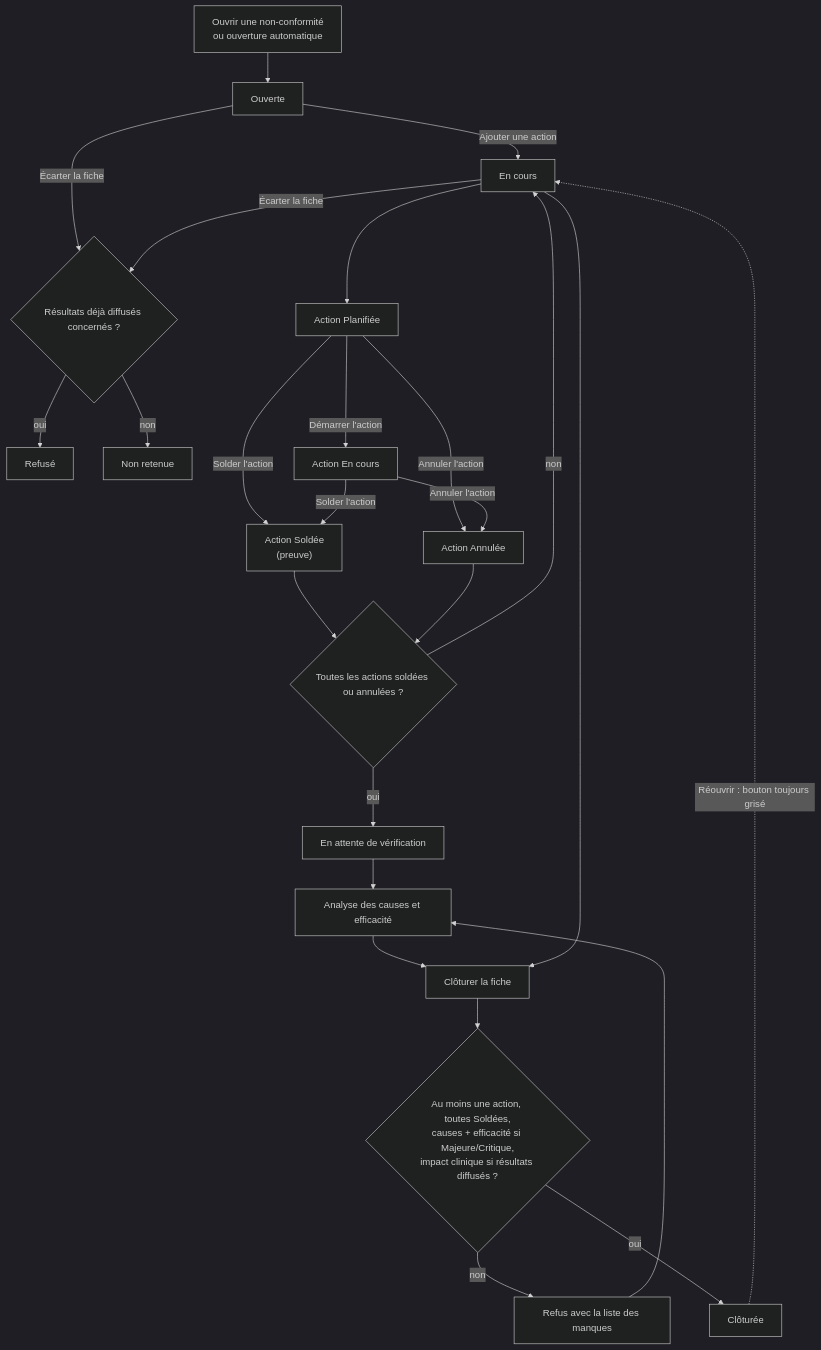
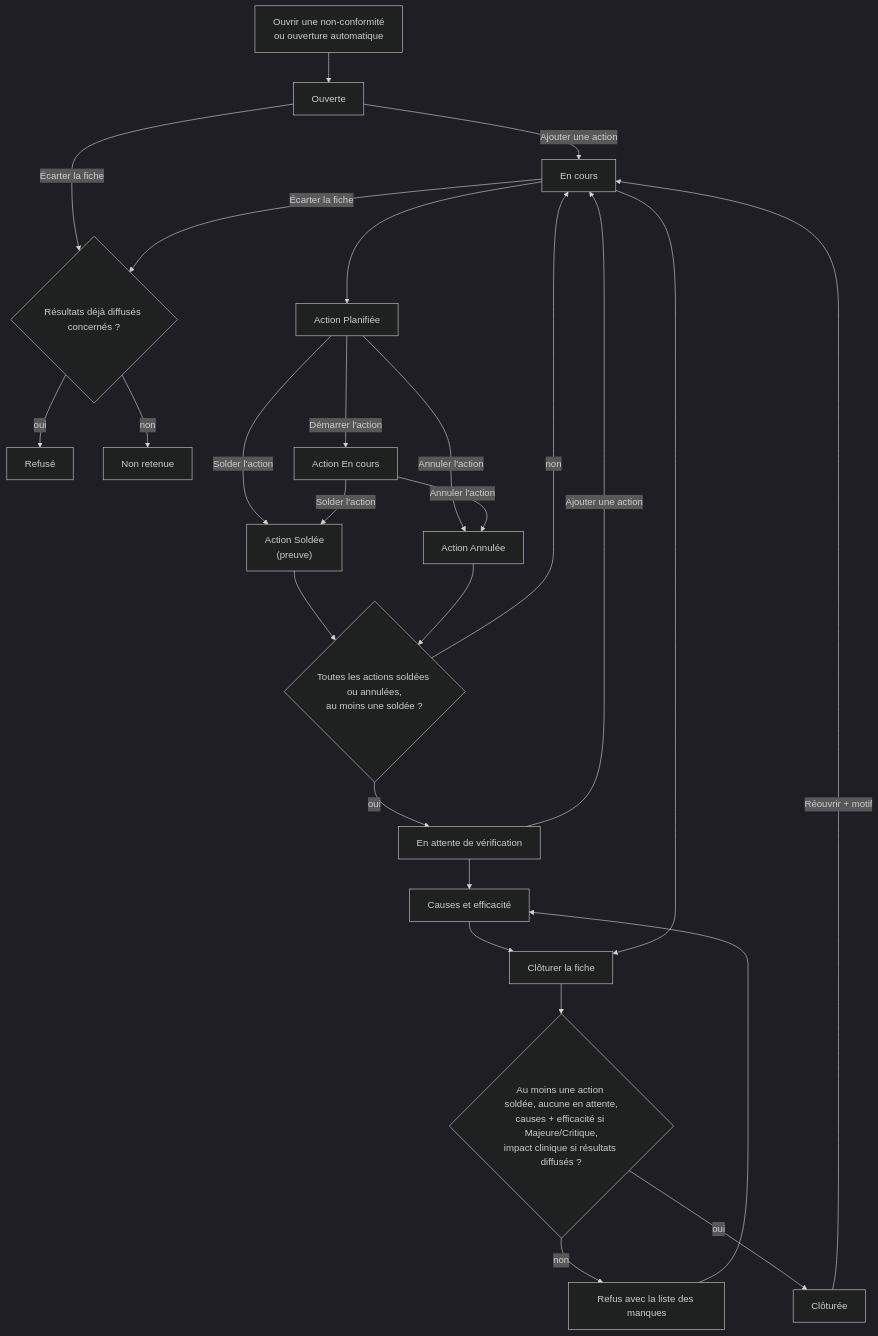
The fourth of 9 diagrams in docs/manuel/05-qualite-equipements.md (J4dJad/MarocLis), drawn with Mermaid (dark theme) before and after one commit. The commit also changed other lines of this file and 3 other files, not shown here.

````diff
--- a/docs/manuel/05-qualite-equipements.md
+++ b/docs/manuel/05-qualite-equipements.md
@@ -275,27 +340,28 @@
 ```mermaid
 flowchart TD
     O["Ouvrir une non-conformité<br/>ou ouverture automatique"] --> S1["Ouverte"]
     S1 -->|"Ajouter une action"| S2["En cours"]
     S1 -->|"Écarter la fiche"| X{"Résultats déjà diffusés concernés ?"}
     S2 -->|"Écarter la fiche"| X
     X -->|oui| XR["Refusé"]
     X -->|non| NR["Non retenue"]
     S2 --> A1["Action Planifiée"]
     A1 -->|"Démarrer l'action"| A2["Action En cours"]
     A1 -->|"Solder l'action"| A3["Action Soldée<br/>(preuve)"]
     A2 -->|"Solder l'action"| A3
     A1 -->|"Annuler l'action"| A4["Action Annulée"]
     A2 -->|"Annuler l'action"| A4
-    A3 --> Q{"Toutes les actions soldées ou annulées ?"}
+    A3 --> Q{"Toutes les actions soldées ou annulées,<br/>au moins une soldée ?"}
     A4 --> Q
     Q -->|non| S2
     Q -->|oui| S3["En attente de vérification"]
-    S3 --> AN["Analyse des causes et efficacité"]
+    S3 -->|"Ajouter une action"| S2
+    S3 --> AN["Causes et efficacité"]
     AN --> CL["Clôturer la fiche"]
     S2 --> CL
-    CL --> V{"Au moins une action, toutes Soldées,<br/>causes + efficacité si Majeure/Critique,<br/>impact clinique si résultats diffusés ?"}
+    CL --> V{"Au moins une action soldée, aucune en attente,<br/>causes + efficacité si Majeure/Critique,<br/>impact clinique si résultats diffusés ?"}
     V -->|non| M["Refus avec la liste des manques"]
     M --> AN
     V -->|oui| C["Clôturée"]
-    C -.->|"Réouvrir : bouton toujours grisé"| S2
+    C -->|"Réouvrir + motif"| S2
 ```
````
